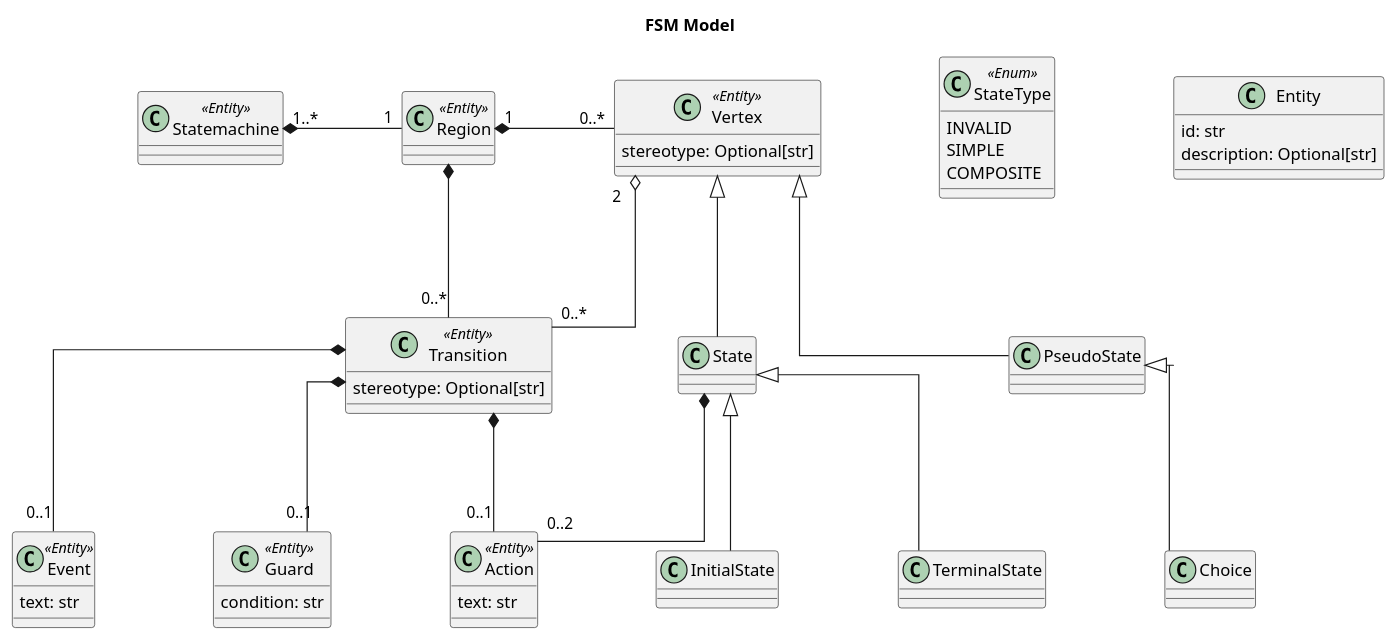
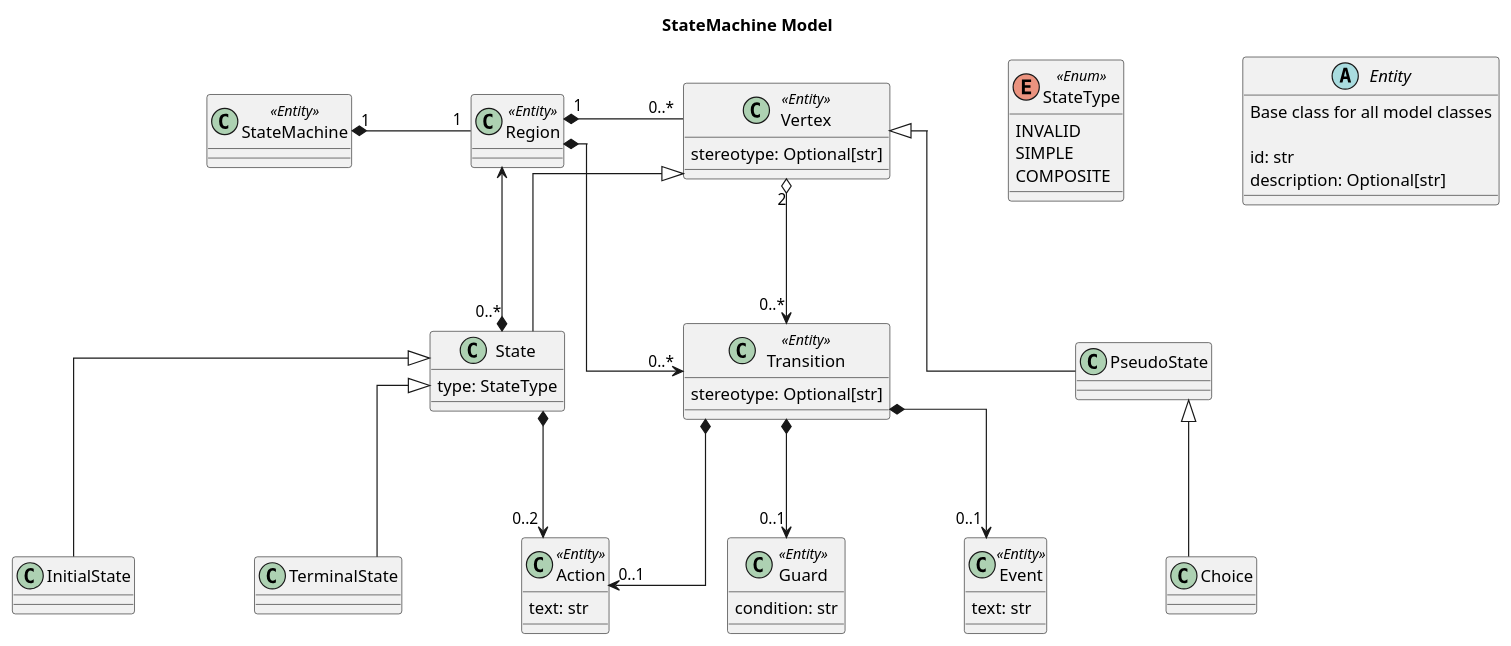
One commit to grhmdev/gen-statemachine changed the diagram in gen_statemachine/model/model.puml. Above: the diagram before and after it, drawn with PlantUML. The commit also changed 2 other files, not shown here.

Commit message:
Update docstrings for model code

```diff
--- a/gen_statemachine/model/model.puml
+++ b/gen_statemachine/model/model.puml
@@ -1,75 +1,80 @@
 @startuml
 
 ' Use orthoganal arrows
 skinparam linetype ortho
 ' Set box spacing in the X plane
 skinparam nodesep 100
 ' Set box spacing in the Y plane
 skinparam ranksep 100
 
-title FSM Model
+title StateMachine Model
 
-' Classes
-class StateType <<Enum>> {
+enum StateType <<Enum>> {
     INVALID
     SIMPLE
     COMPOSITE
 }
-class Entity {
+
+' Classes
+abstract class Entity {
+    Base class for all model classes
+    
     id: str
     description: Optional[str]
 }
-class Statemachine <<Entity>> {
+
+class StateMachine <<Entity>> {
 
 }
 class Region <<Entity>>
 class Vertex <<Entity>> {
     stereotype: Optional[str]
 }
 class State {
-
+    type: StateType
 }
 class InitialState
 class TerminalState
 class PseudoState {
 
 }
 class Choice
 class Transition <<Entity>> {
     stereotype: Optional[str]
 }
 class Event <<Entity>> {
     text: str
 }
 class Guard <<Entity>> {
     condition: str
 }
 class Action <<Entity>> {
     text: str
 }
-' Statemachine relations
-Statemachine "1..*" *-right- "1" Region
+' StateMachine relations
+StateMachine "1" *-right- "1" Region
 
 ' Region relations
 Region "1" *-right- "0..*" Vertex
-Region *-- "0..*" Transition
+Region *--> "0..*" Transition
 
 ' Vertex relations
-Vertex "2" o-- "0..*" Transition
+Vertex "2" o--> "0..*" Transition
 
 ' State relations
 Vertex <|-- State
-State *-- "0..2" Action 
+State *--> "0..2" Action 
 State <|-- InitialState
 State <|-- TerminalState
+State "0..*" *--> Region
 
 ' Psuedostate relations
 Vertex <|-- PseudoState
 PseudoState <|-- Choice
 
 ' Transition relations
-Transition *-- "0..1" Event
-Transition *-- "0..1" Guard
-Transition *-- "0..1" Action
+Transition *--> "0..1" Event
+Transition *--> "0..1" Guard
+Transition *--> "0..1" Action
 
 @enduml
```
